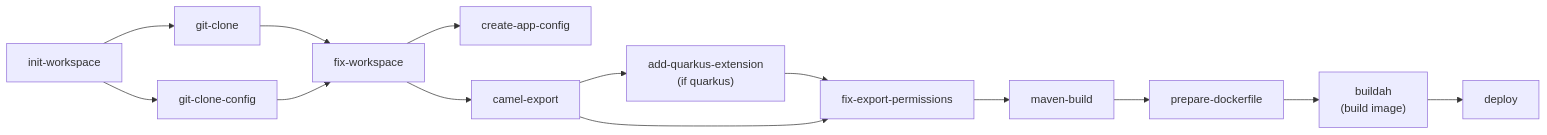
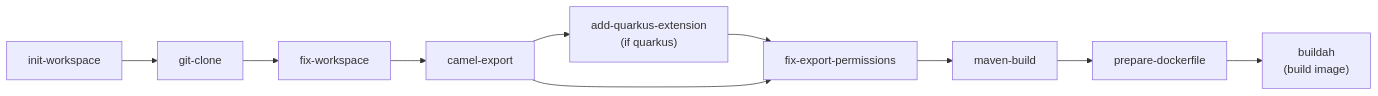
The second of 2 diagrams in README.md (mcarlett/smart-log-analyzer-ocp), drawn with Mermaid before and after one commit. The commit also changed other lines of this file and 27 other files, not shown here.

````diff
--- a/README.md
+++ b/README.md
@@ -105,11 +123,9 @@
 ```mermaid
 graph LR
     init-workspace --> git-clone --> fix-workspace
-    init-workspace --> git-clone-config --> fix-workspace
-    fix-workspace --> create-app-config
     fix-workspace --> camel-export --> add-quarkus-extension["add-quarkus-extension
     (if quarkus)"] --> fix-export-permissions
     camel-export --> fix-export-permissions
     fix-export-permissions --> maven-build --> prepare-dockerfile --> buildah["buildah
-    (build image)"] --> deploy
+    (build image)"]
 ```
````
